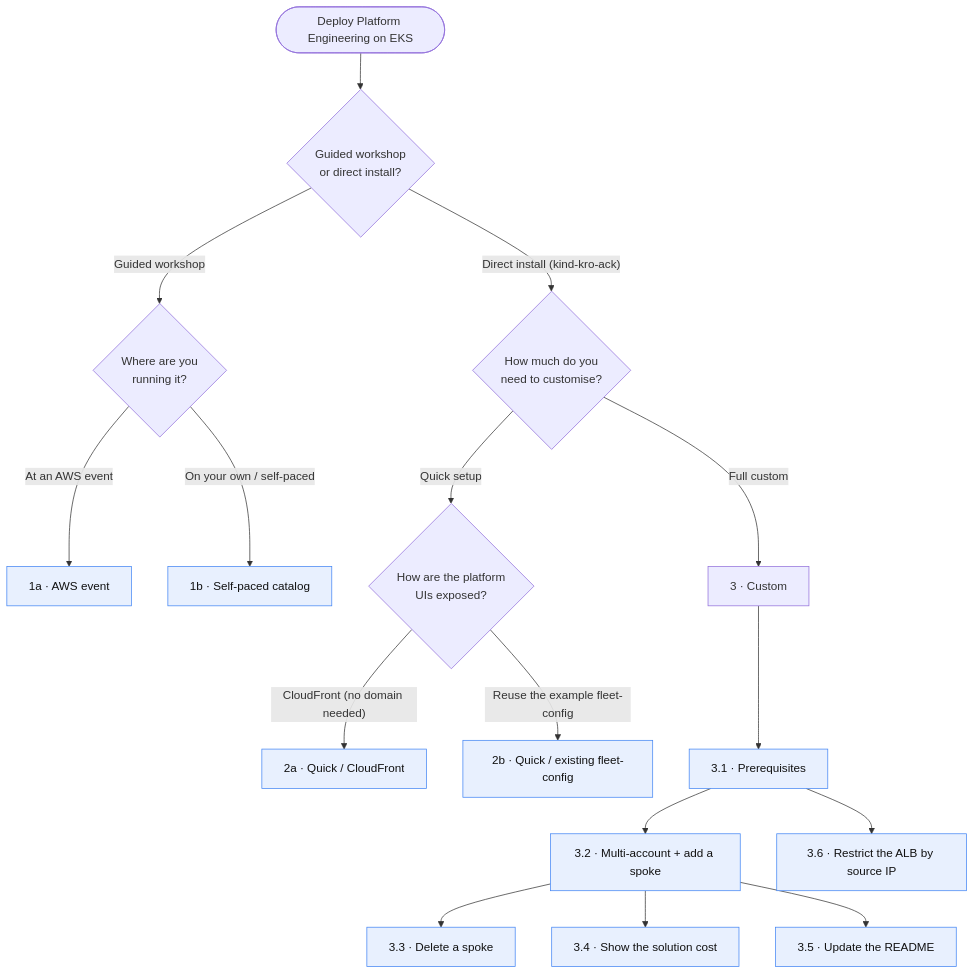
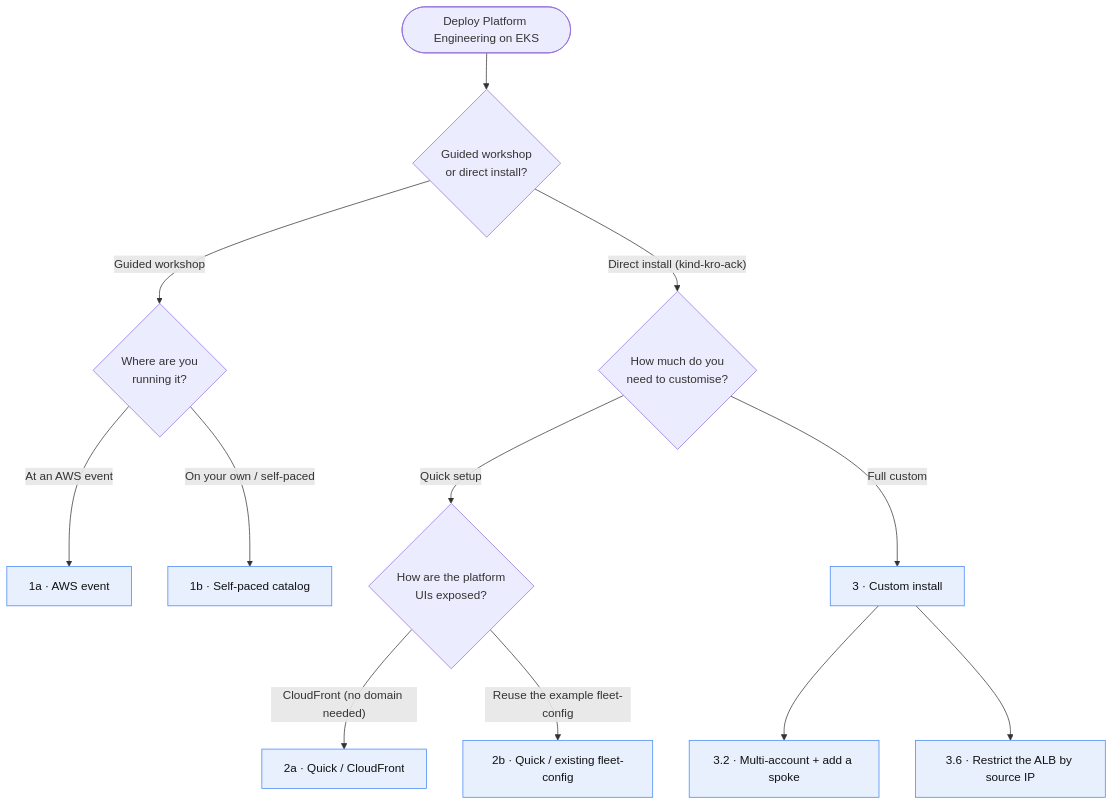
The diagram in docs/non-workshop/README.md (aws-samples/appmod-blueprints), drawn with Mermaid before and after one commit. The commit also changed other lines of this file and 6 other files, not shown here.

First line of the commit message:
docs(non-workshop): clickable getting-started, fleet-config choice, cost page rework (refs #1157)

````diff
--- a/docs/non-workshop/README.md
+++ b/docs/non-workshop/README.md
@@ -16,25 +16,29 @@
 ```mermaid
 flowchart TD
     Start(["Deploy Platform Engineering on EKS"]) --> Q1{"Guided workshop<br/>or direct install?"}
 
     Q1 -->|"Guided workshop"| W{"Where are you<br/>running it?"}
     W -->|"At an AWS event"| W1["1a · AWS event"]
     W -->|"On your own / self-paced"| W2["1b · Self-paced catalog"]
 
     Q1 -->|"Direct install (kind-kro-ack)"| D{"How much do you<br/>need to customise?"}
 
     D -->|"Quick setup"| QX{"How are the platform<br/>UIs exposed?"}
     QX -->|"CloudFront (no domain needed)"| QC["2a · Quick / CloudFront"]
     QX -->|"Reuse the example fleet-config"| QF["2b · Quick / existing fleet-config"]
 
-    D -->|"Full custom"| C["3 · Custom"]
-    C --> C1["3.1 · Prerequisites"]
-    C1 --> C2["3.2 · Multi-account + add a spoke"]
-    C2 --> C3["3.3 · Delete a spoke"]
-    C2 --> C4["3.4 · Show the solution cost"]
-    C2 --> C5["3.5 · Update the README"]
-    C1 --> C6["3.6 · Restrict the ALB by source IP"]
+    D -->|"Full custom"| C["3 · Custom install"]
+    C --> C2["3.2 · Multi-account + add a spoke"]
+    C --> C6["3.6 · Restrict the ALB by source IP"]
+
+    click W1 "https://catalog.workshops.aws/platform-engineering-on-eks/en-US/00_start_workshop/01_aws_event" _blank
+    click W2 "https://catalog.workshops.aws/platform-engineering-on-eks/en-US/00_start_workshop/02_self_paced" _blank
+    click QC "quick-cloudfront.md"
+    click QF "quick-existing-fleet.md"
+    click C "custom-prerequisites.md"
+    click C2 "custom-multi-account.md"
+    click C6 "custom-alb-ip-allowlist.md"
 
     classDef leaf fill:#e8f0fe,stroke:#4285f4,color:#111;
-    class W1,W2,QC,QF,C1,C2,C3,C4,C5,C6 leaf;
+    class W1,W2,QC,QF,C,C2,C6 leaf;
 ```
````
